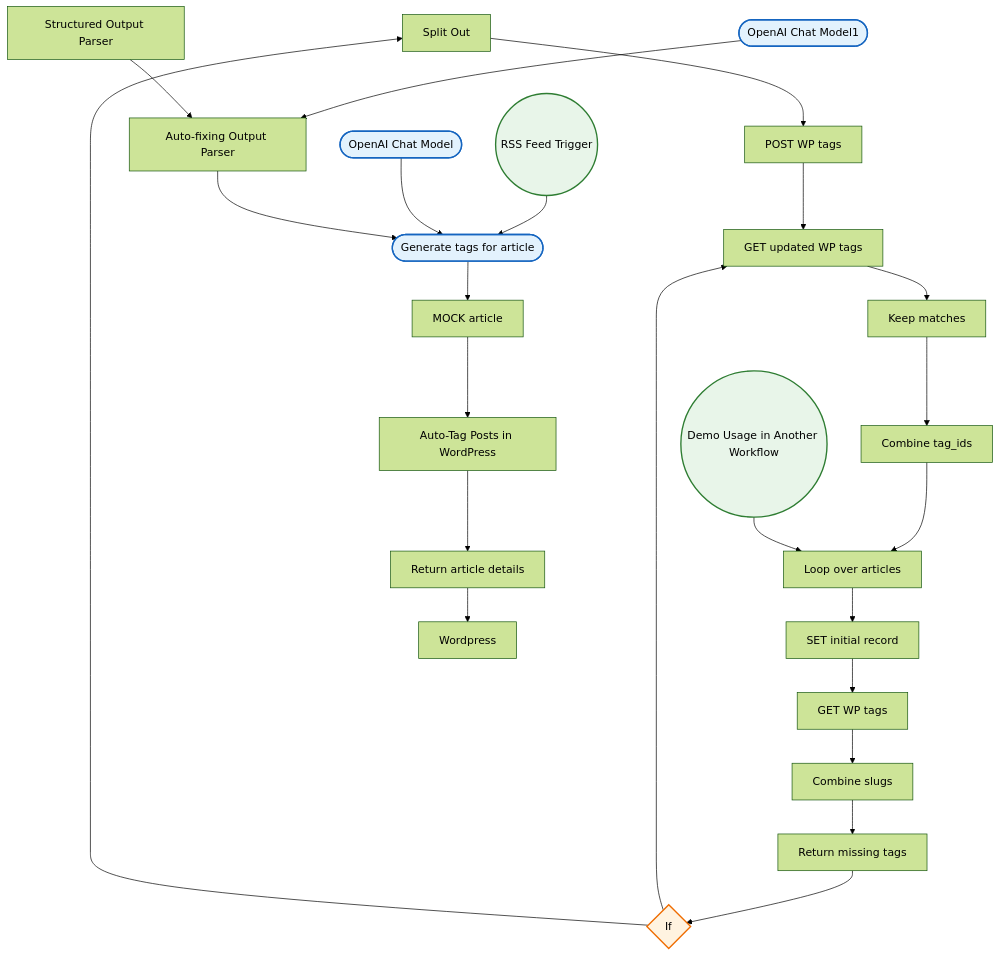
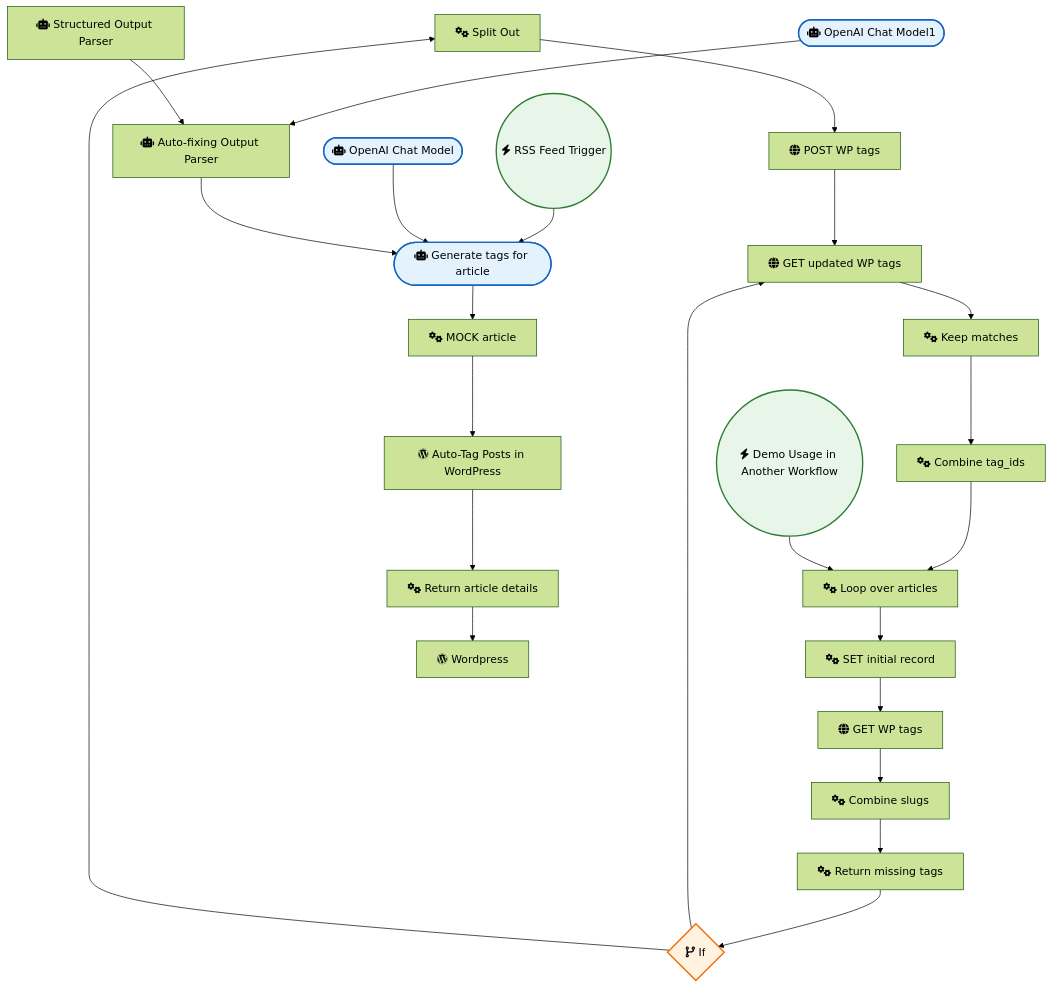
Before and after one commit to sreyash3105/N8N-DEMO-AUTOMATIONS: the diagram in WordPress/Auto-Tag Blog Posts in WordPress with AI.md, drawn with Mermaid (forest theme). The commit also changed 291 other files, not shown here.

````diff
--- a/WordPress/Auto-Tag Blog Posts in WordPress with AI.md
+++ b/WordPress/Auto-Tag Blog Posts in WordPress with AI.md
@@ -1,52 +1,52 @@
 ```mermaid
 graph TD
     classDef trigger fill:#e8f5e9,stroke:#2e7d32,stroke-width:2px;
     classDef ai fill:#e3f2fd,stroke:#1565c0,stroke-width:2px;
     classDef logic fill:#fff3e0,stroke:#ef6c00,stroke-width:2px;
 
-    OpenAI_Chat_Model(["OpenAI Chat Model"]):::ai
-    Auto_fixing_Output_Parser["Auto-fixing Output Parser"]
-    OpenAI_Chat_Model1(["OpenAI Chat Model1"]):::ai
-    Structured_Output_Parser["Structured Output Parser"]
-    RSS_Feed_Trigger(("RSS Feed Trigger")):::trigger
-    Return_article_details["Return article details"]
-    Split_Out["Split Out"]
-    Loop_over_articles["Loop over articles"]
-    SET_initial_record["SET initial record"]
-    GET_WP_tags["GET WP tags"]
-    POST_WP_tags["POST WP tags"]
-    GET_updated_WP_tags["GET updated WP tags"]
-    Keep_matches["Keep matches"]
-    Combine_tag_ids["Combine tag_ids"]
-    Combine_slugs["Combine slugs"]
-    If{"If"}:::logic
-    MOCK_article["MOCK article"]
-    Return_missing_tags["Return missing tags"]
-    Wordpress["Wordpress"]
-    Demo_Usage_in_Another_Workflow(("Demo Usage in Another Workflow")):::trigger
-    Auto_Tag_Posts_in_WordPress["Auto-Tag Posts in WordPress"]
-    Generate_tags_for_article(["Generate tags for article"]):::ai
+    OpenAI_Chat_Model(["fas:fa-robot OpenAI Chat Model"]):::ai
+    Auto_fixing_Output_Parser["fas:fa-robot Auto-fixing Output Parser"]
+    OpenAI_Chat_Model1(["fas:fa-robot OpenAI Chat Model1"]):::ai
+    Structured_Output_Parser["fas:fa-robot Structured Output Parser"]
+    RSS_Feed_Trigger(("fas:fa-bolt RSS Feed Trigger")):::trigger
+    Return_article_details["fas:fa-cogs Return article details"]
+    Split_Out["fas:fa-cogs Split Out"]
+    Loop_over_articles["fas:fa-cogs Loop over articles"]
+    SET_initial_record["fas:fa-cogs SET initial record"]
+    GET_WP_tags["fas:fa-globe GET WP tags"]
+    POST_WP_tags["fas:fa-globe POST WP tags"]
+    GET_updated_WP_tags["fas:fa-globe GET updated WP tags"]
+    Keep_matches["fas:fa-cogs Keep matches"]
+    Combine_tag_ids["fas:fa-cogs Combine tag_ids"]
+    Combine_slugs["fas:fa-cogs Combine slugs"]
+    If{"fas:fa-code-branch If"}:::logic
+    MOCK_article["fas:fa-cogs MOCK article"]
+    Return_missing_tags["fas:fa-cogs Return missing tags"]
+    Wordpress["fab:fa-wordpress Wordpress"]
+    Demo_Usage_in_Another_Workflow(("fas:fa-bolt Demo Usage in Another Workflow")):::trigger
+    Auto_Tag_Posts_in_WordPress["fab:fa-wordpress Auto-Tag Posts in WordPress"]
+    Generate_tags_for_article(["fas:fa-robot Generate tags for article"]):::ai
 
     If --> GET_updated_WP_tags
     If --> Split_Out
     Split_Out --> POST_WP_tags
     GET_WP_tags --> Combine_slugs
     Keep_matches --> Combine_tag_ids
     MOCK_article --> Auto_Tag_Posts_in_WordPress
     POST_WP_tags --> GET_updated_WP_tags
     Combine_slugs --> Return_missing_tags
     Combine_tag_ids --> Loop_over_articles
     RSS_Feed_Trigger --> Generate_tags_for_article
     OpenAI_Chat_Model --> Generate_tags_for_article
     Loop_over_articles --> SET_initial_record
     OpenAI_Chat_Model1 --> Auto_fixing_Output_Parser
     SET_initial_record --> GET_WP_tags
     GET_updated_WP_tags --> Keep_matches
     Return_missing_tags --> If
     Return_article_details --> Wordpress
     Structured_Output_Parser --> Auto_fixing_Output_Parser
     Auto_fixing_Output_Parser --> Generate_tags_for_article
     Generate_tags_for_article --> MOCK_article
     Auto_Tag_Posts_in_WordPress --> Return_article_details
     Demo_Usage_in_Another_Workflow --> Loop_over_articles
 ```
````
